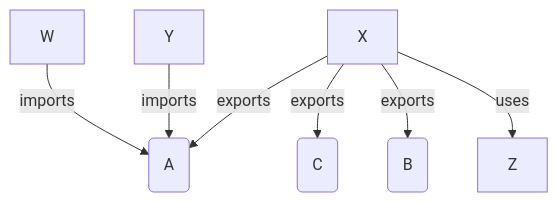
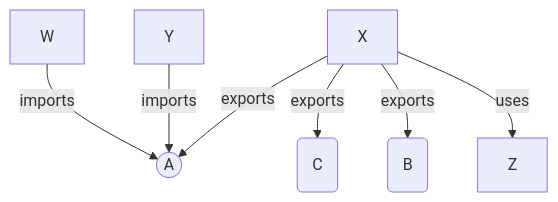
One commit to maglocvnus/data changed the diagram in m/modularisation.md. Above: the diagram before and after it, drawn with Mermaid.

Commit message:
Fix syntax for parameter 'a' in modularisation.md

````diff
--- a/m/modularisation.md
+++ b/m/modularisation.md
@@ -13,17 +13,17 @@
 ```mermaid
 graph TD
   x[X]
   y[Y]
   z[Z]
   w[W]
-  a(A)
+  a((A))
   b(B)
   c(C)
   x -- uses --> z
   w -- imports --> a
   y -- imports --> a
   x -- exports --> a
   x -- exports --> b
   x -- exports --> c
 
 ```
````
